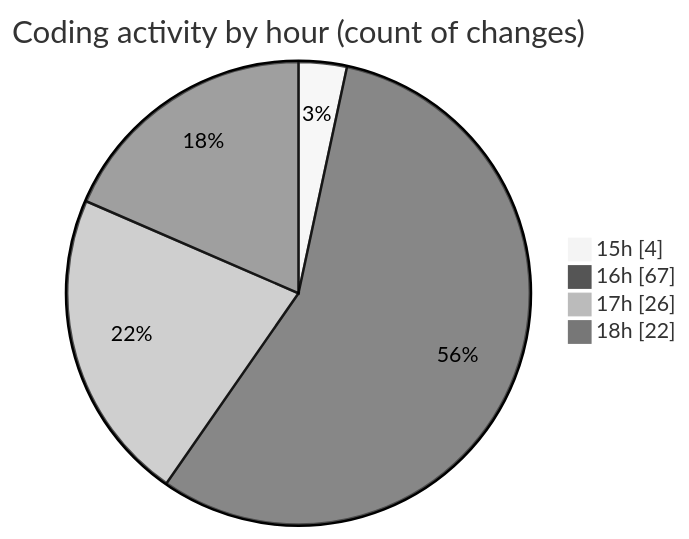
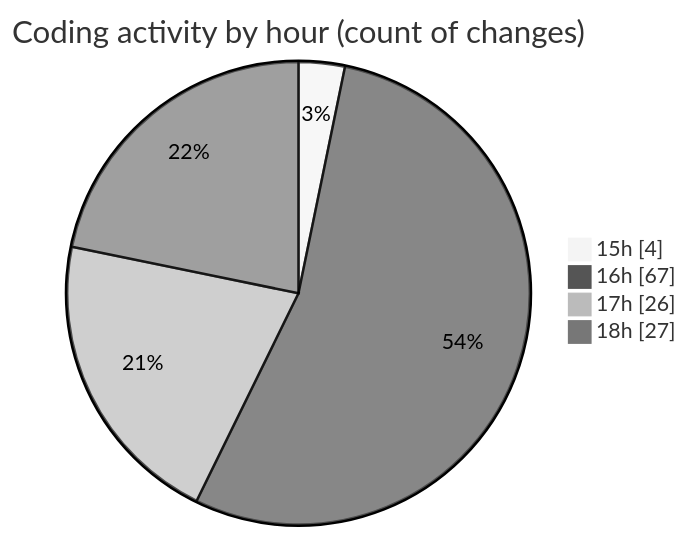
Before and after one commit to Ritupan-Deka/code-tracking: the second of 2 diagrams in 2025-05-26/zip_file/README.md, drawn with Mermaid (neutral theme). The commit also changed other lines of this file and 1 other file, not shown here.

````diff
--- a/2025-05-26/zip_file/README.md
+++ b/2025-05-26/zip_file/README.md
@@ -42,8 +42,8 @@
 ```mermaid
 pie showData
 title Coding activity by hour (count of changes)
 "15h" : 4
 "16h" : 67
 "17h" : 26
-"18h" : 22
+"18h" : 27
 ```
````
